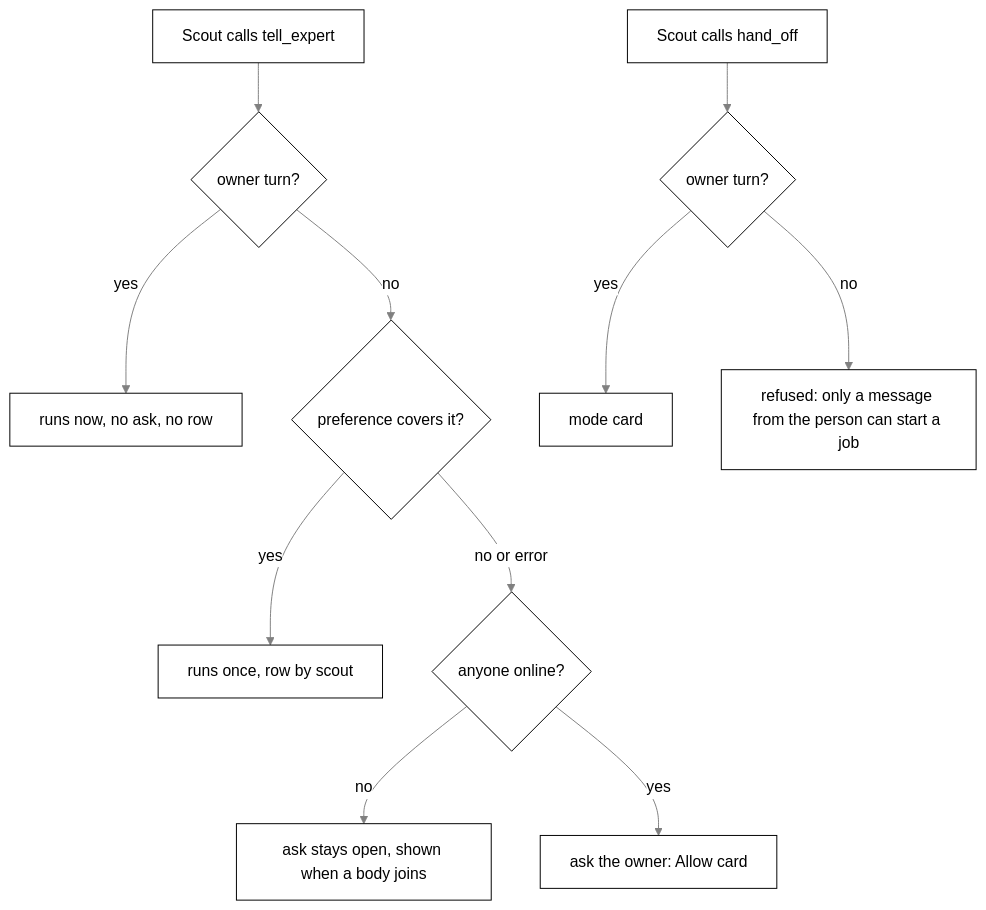
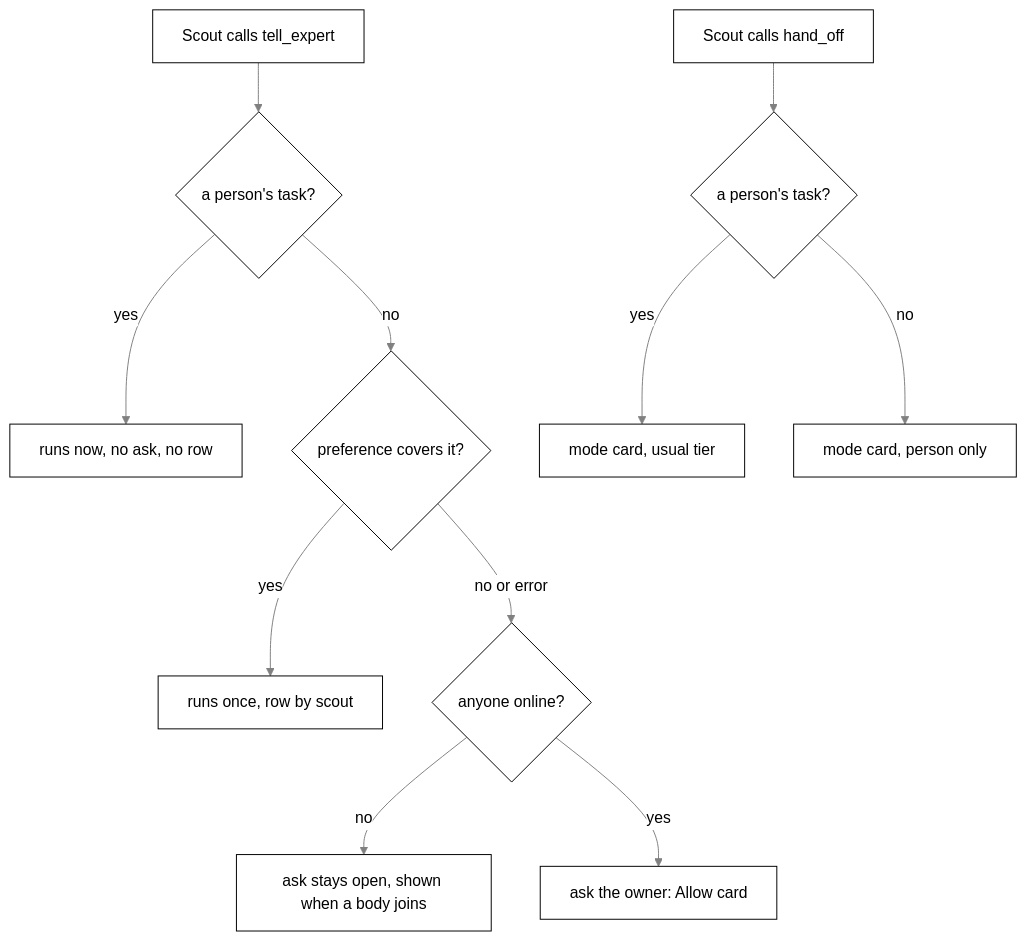
Before and after one commit to nadeem4/tagalong: the fifth of 15 diagrams in docs/brain.md, drawn with Mermaid. The commit also changed other lines of this file and 37 other files, not shown here.

````diff
--- a/docs/brain.md
+++ b/docs/brain.md
@@ -672,14 +675,14 @@
 ```mermaid
 %%{init: {"theme": "base", "themeVariables": {"primaryColor": "#ffffff", "primaryTextColor": "#000000", "primaryBorderColor": "#000000", "lineColor": "#808080", "arrowheadColor": "#808080", "secondaryColor": "#f2f2f2", "tertiaryColor": "#ffffff", "clusterBkg": "#f7f7f7", "clusterBorder": "#808080", "edgeLabelBackground": "#ffffff", "titleColor": "#808080", "actorBkg": "#ffffff", "actorBorder": "#000000", "actorTextColor": "#000000", "actorLineColor": "#808080", "signalColor": "#808080", "signalTextColor": "#808080", "sequenceNumberColor": "#ffffff", "labelBoxBkgColor": "#ffffff", "labelBoxBorderColor": "#808080", "labelTextColor": "#000000", "loopTextColor": "#808080", "noteBkgColor": "#f7f7f7", "noteBorderColor": "#808080", "noteTextColor": "#000000", "activationBkgColor": "#f7f7f7", "activationBorderColor": "#808080", "fontFamily": "Segoe UI, Helvetica, Arial, sans-serif"}}}%%
 flowchart TD
-  A[Scout calls tell_expert] --> B{owner turn?}
+  A[Scout calls tell_expert] --> B{a person's task?}
   B -- yes --> C[runs now, no ask, no row]
   B -- no --> F{preference covers it?}
   F -- yes --> G[runs once, row by scout]
   F -- no or error --> D{anyone online?}
   D -- no --> E[ask stays open, shown when a body joins]
   D -- yes --> H[ask the owner: Allow card]
-  X[Scout calls hand_off] --> Y{owner turn?}
-  Y -- yes --> Z[mode card]
-  Y -- no --> R[refused: only a message from the person can start a job]
+  X[Scout calls hand_off] --> Y{a person's task?}
+  Y -- yes --> Z[mode card, usual tier]
+  Y -- no --> R[mode card, person only]
 ```
````
